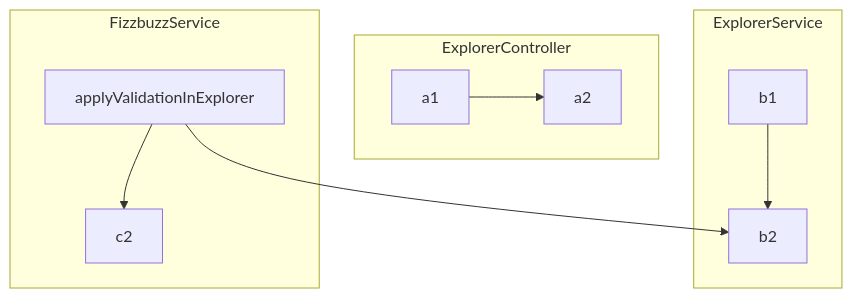
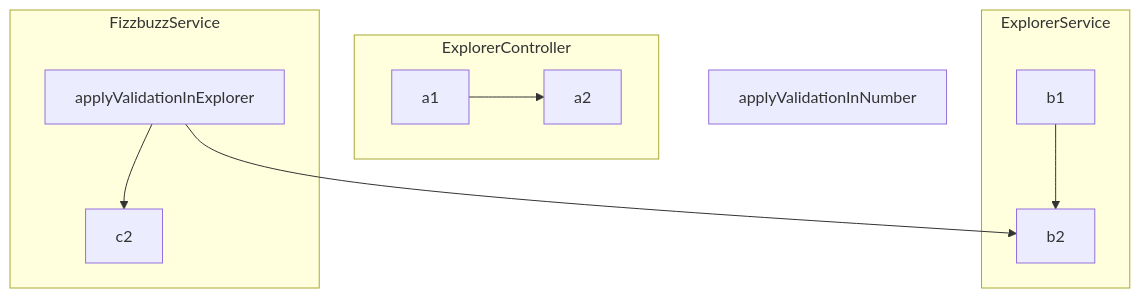
Before and after one commit to AliciaGaona/fizzbuzz: the diagram in README.md, drawn with Mermaid.

````diff
--- a/README.md
+++ b/README.md
@@ -12,13 +12,14 @@
 ```mermaid
 flowchart TB
+    applyValidationInNumber
     applyValidationInExplorer-->b2
     subgraph ExplorerController
     a1-->a2
     end
     subgraph ExplorerService
     b1-->b2
     end
     subgraph FizzbuzzService
    applyValidationInExplorer-->c2
     end
 ```
````
